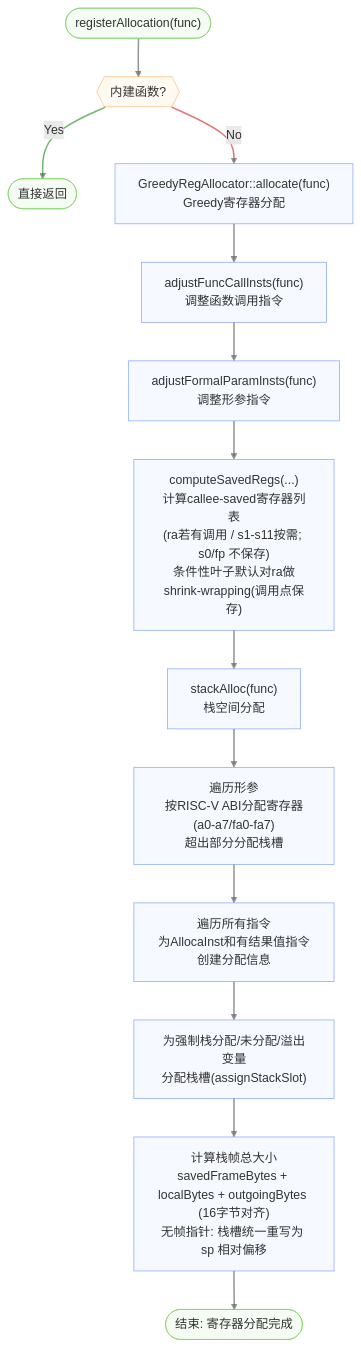
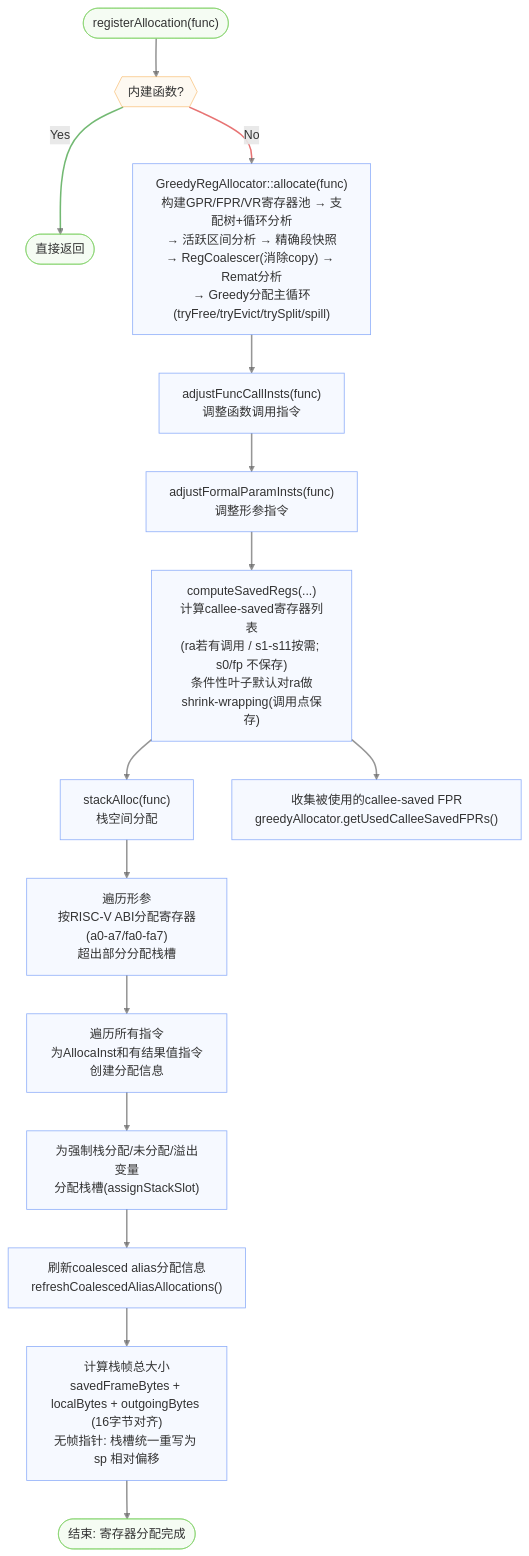
The fourth of 4 diagrams in docs/backend-overview.md (LLLLLLLLazy/compiler-lite), drawn with Mermaid before and after one commit. The commit also changed other lines of this file and 6 other files, not shown here.

````diff
--- a/docs/backend-overview.md
+++ b/docs/backend-overview.md
@@ -109,31 +111,33 @@
 ```mermaid
 flowchart TD
     Start(["registerAllocation(func)"]) --> BuiltinCheck{{"内建函数?"}}
     BuiltinCheck -- "Yes" --> Return(["直接返回"])
-    BuiltinCheck -- "No" --> Greedy["GreedyRegAllocator::allocate(func)<br>Greedy寄存器分配"]
+    BuiltinCheck -- "No" --> Greedy["GreedyRegAllocator::allocate(func)<br>构建GPR/FPR/VR寄存器池 → 支配树+循环分析<br>→ 活跃区间分析 → 精确段快照<br>→ RegCoalescer(消除copy) → Remat分析<br>→ Greedy分配主循环(tryFree/tryEvict/trySplit/spill)"]
 
     Greedy --> AdjustCall["adjustFuncCallInsts(func)<br>调整函数调用指令"]
     AdjustCall --> AdjustParam["adjustFormalParamInsts(func)<br>调整形参指令"]
     AdjustParam --> SavedRegs["computeSavedRegs(...)<br>计算callee-saved寄存器列表<br>(ra若有调用 / s1-s11按需; s0/fp 不保存)<br>条件性叶子默认对ra做shrink-wrapping(调用点保存)"]
     SavedRegs --> StackAlloc["stackAlloc(func)<br>栈空间分配"]
+    SavedRegs --> CollectFPR["收集被使用的callee-saved FPR<br>greedyAllocator.getUsedCalleeSavedFPRs()"]
 
     StackAlloc --> ParamLoop["遍历形参<br>按RISC-V ABI分配寄存器(a0-a7/fa0-fa7)<br>超出部分分配栈槽"]
     ParamLoop --> InstLoop["遍历所有指令<br>为AllocaInst和有结果值指令创建分配信息"]
     InstLoop --> SpillLoop["为强制栈分配/未分配/溢出变量<br>分配栈槽(assignStackSlot)"]
-    SpillLoop --> FrameCalc["计算栈帧总大小<br>savedFrameBytes + localBytes + outgoingBytes (16字节对齐)<br>无帧指针: 栈槽统一重写为 sp 相对偏移"]
+    SpillLoop --> CoalesceBackfill["刷新coalesced alias分配信息<br>refreshCoalescedAliasAllocations()"]
+    CoalesceBackfill --> FrameCalc["计算栈帧总大小<br>savedFrameBytes + localBytes + outgoingBytes (16字节对齐)<br>无帧指针: 栈槽统一重写为 sp 相对偏移"]
     FrameCalc --> End(["结束: 寄存器分配完成"])
 
     %%Node styles
     classDef default fill:#E2EAFE4F,stroke:#5A88F6AF
     classDef endNode fill:#DDF4D84F,stroke:#7DCF62AF
     classDef decisionNode fill:#FCEBD34f,stroke:#F6AA4BAF
 
     %%Link styles
     linkStyle default stroke:#666666AF,stroke-width:2px
     linkStyle 1 stroke:#339933AF,stroke-width:2px
     linkStyle 2 stroke:#DD3333AF,stroke-width:2px
 
     %%Node classes
     class Start,End,Return endNode
     class BuiltinCheck decisionNode
 ```
````
